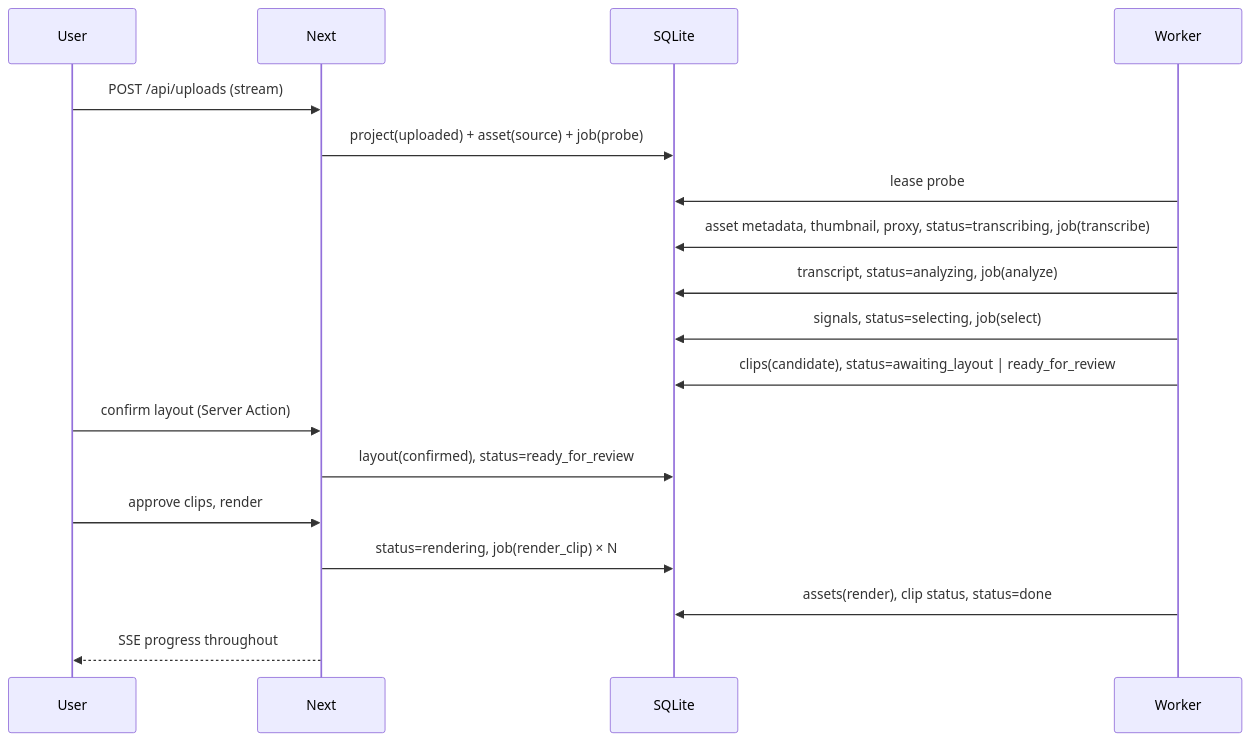
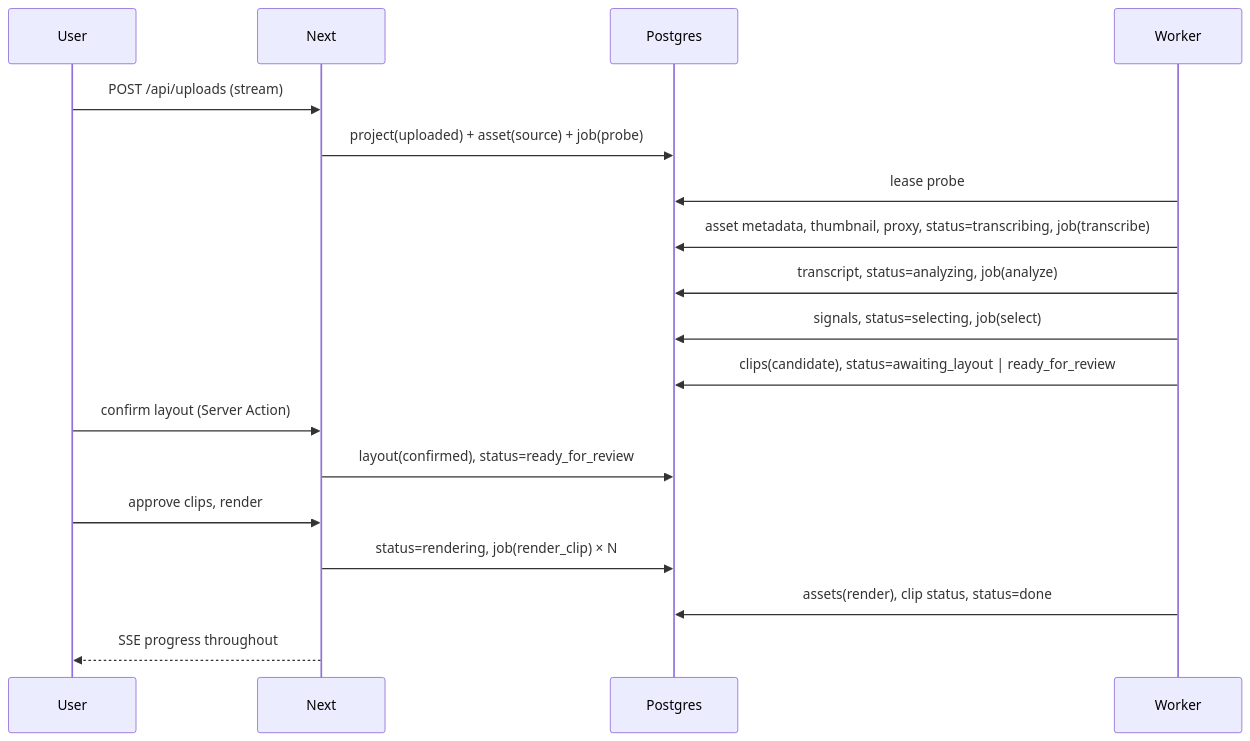
The second of 2 diagrams in docs/ARCHITECTURE.md (gabrielccarvalho/nimbus), drawn with Mermaid before and after one commit. The commit also changed other lines of this file and 80 other files, not shown here.

````diff
--- a/docs/ARCHITECTURE.md
+++ b/docs/ARCHITECTURE.md
@@ -59,20 +59,20 @@
 ```mermaid
 sequenceDiagram
   participant U as User
   participant N as Next
-  participant D as SQLite
+  participant D as Postgres
   participant W as Worker
   U->>N: POST /api/uploads (stream)
   N->>D: project(uploaded) + asset(source) + job(probe)
   W->>D: lease probe
   W->>D: asset metadata, thumbnail, proxy, status=transcribing, job(transcribe)
   W->>D: transcript, status=analyzing, job(analyze)
   W->>D: signals, status=selecting, job(select)
   W->>D: clips(candidate), status=awaiting_layout | ready_for_review
   U->>N: confirm layout (Server Action)
   N->>D: layout(confirmed), status=ready_for_review
   U->>N: approve clips, render
   N->>D: status=rendering, job(render_clip) × N
   W->>D: assets(render), clip status, status=done
   N-->>U: SSE progress throughout
 ```
````
